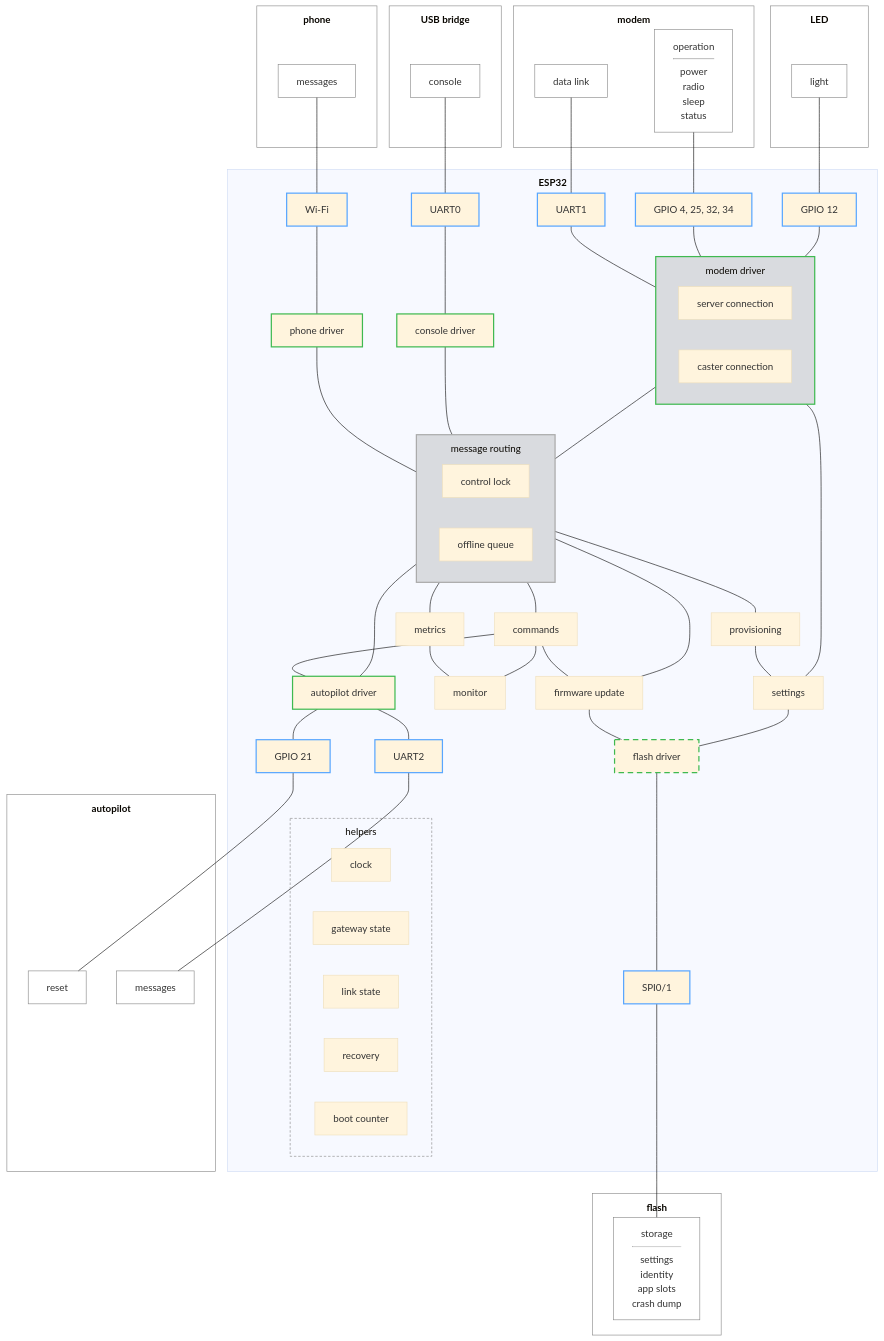
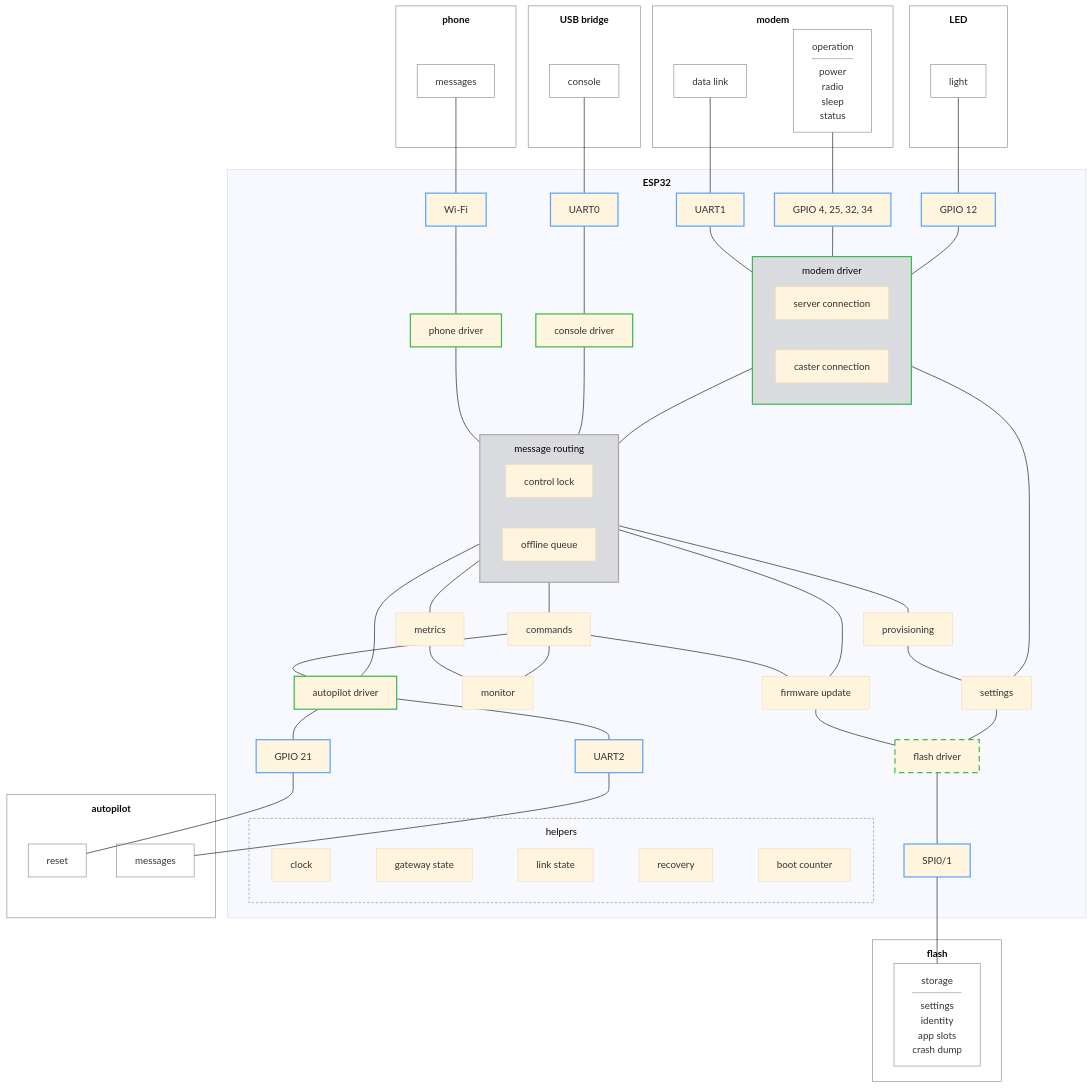
One commit to rmx-lt/rmx-mower-gateway changed the diagram in .esp-architecture/diagrams/block-draft.md. Above: the diagram before and after it, drawn with Mermaid (base theme).

Commit message:
Draft: helpers in a column

```diff
--- a/.esp-architecture/diagrams/block-draft.md
+++ b/.esp-architecture/diagrams/block-draft.md
@@ -52,6 +52,7 @@
       ls["link state"]
       rec["recovery"]
       boot["boot counter"]
+      clk ~~~ state ~~~ ls ~~~ rec ~~~ boot
     end
     bl["autopilot driver"]
     set["settings"]
```
